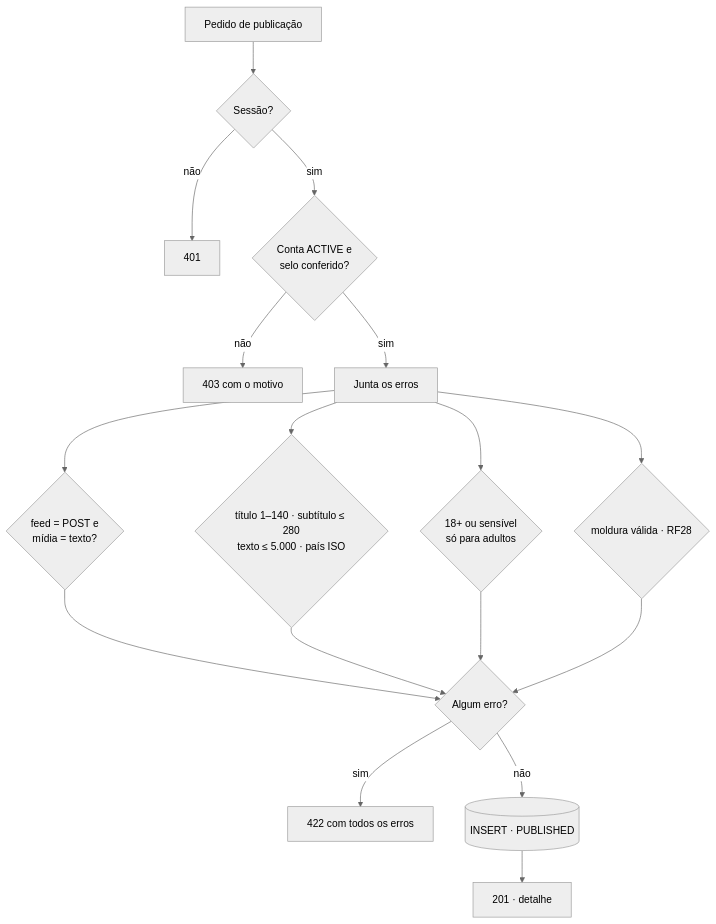
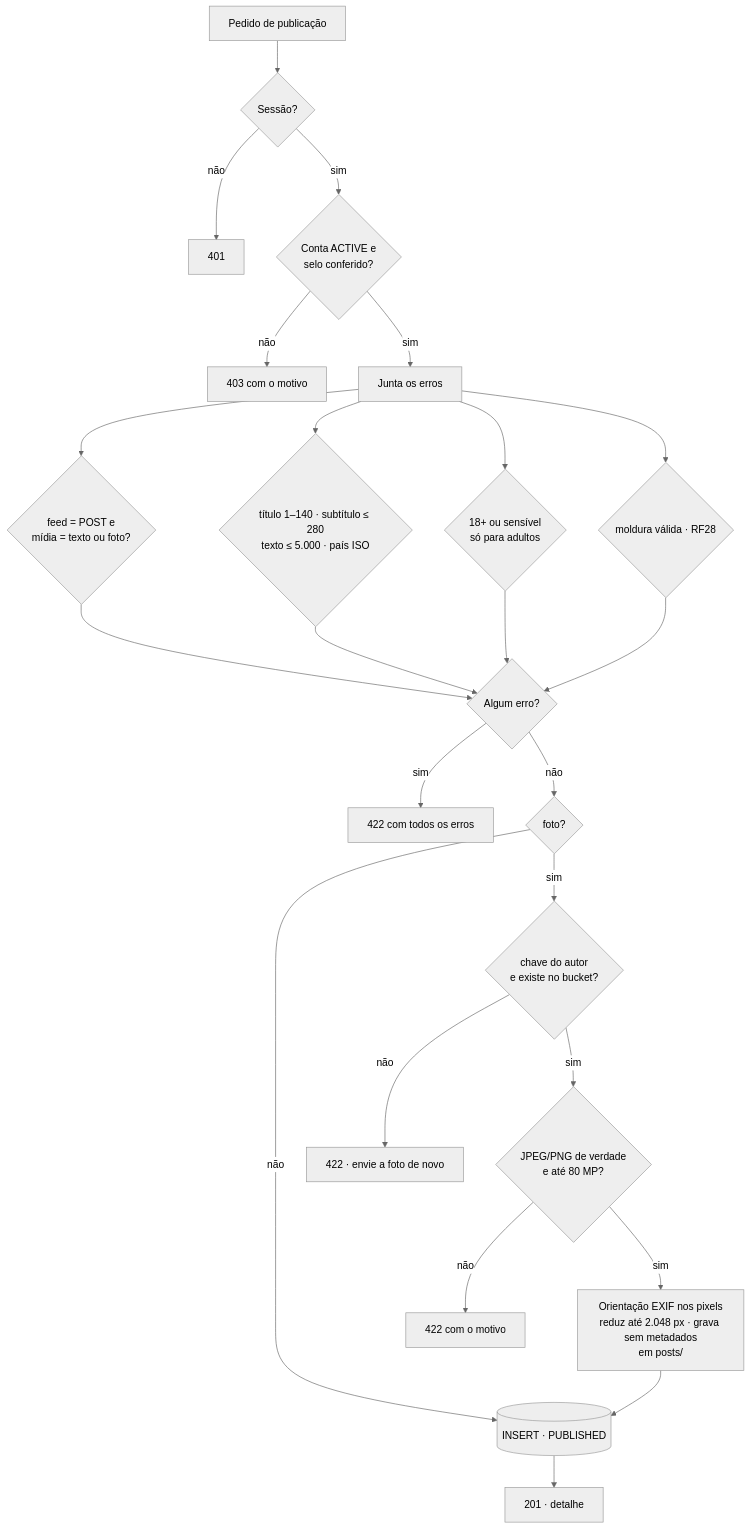
The sixth of 6 diagrams in docs/rf/RF29-publicar-post.md (MatheusHaliski/orange_social_velion), drawn with Mermaid (neutral theme) before and after one commit. The commit also changed other lines of this file and 32 other files, not shown here.

````diff
--- a/docs/rf/RF29-publicar-post.md
+++ b/docs/rf/RF29-publicar-post.md
@@ -117,15 +208,22 @@
 ```mermaid
 flowchart TD
     A[Pedido de publicação] --> B{Sessão?}
     B -- não --> E401[401]
     B -- sim --> C{Conta ACTIVE e<br/>selo conferido?}
     C -- não --> E403[403 com o motivo]
     C -- sim --> D[Junta os erros]
-    D --> D1{feed = POST e<br/>mídia = texto?}
+    D --> D1{feed = POST e<br/>mídia = texto ou foto?}
     D --> D2{título 1–140 · subtítulo ≤ 280<br/>texto ≤ 5.000 · país ISO}
     D --> D3{18+ ou sensível<br/>só para adultos}
     D --> D4{moldura válida · RF28}
     D1 & D2 & D3 & D4 --> F{Algum erro?}
     F -- sim --> E422[422 com todos os erros]
-    F -- não --> G[(INSERT · PUBLISHED)] --> H[201 · detalhe]
+    F -- não --> M{foto?}
+    M -- não --> G[(INSERT · PUBLISHED)] --> H[201 · detalhe]
+    M -- sim --> M1{chave do autor<br/>e existe no bucket?}
+    M1 -- não --> E422F[422 · envie a foto de novo]
+    M1 -- sim --> M2{JPEG/PNG de verdade<br/>e até 80 MP?}
+    M2 -- não --> E422F2[422 com o motivo]
+    M2 -- sim --> M3[Orientação EXIF nos pixels<br/>reduz até 2.048 px · grava sem metadados<br/>em posts/]
+    M3 --> G
 ```
````
